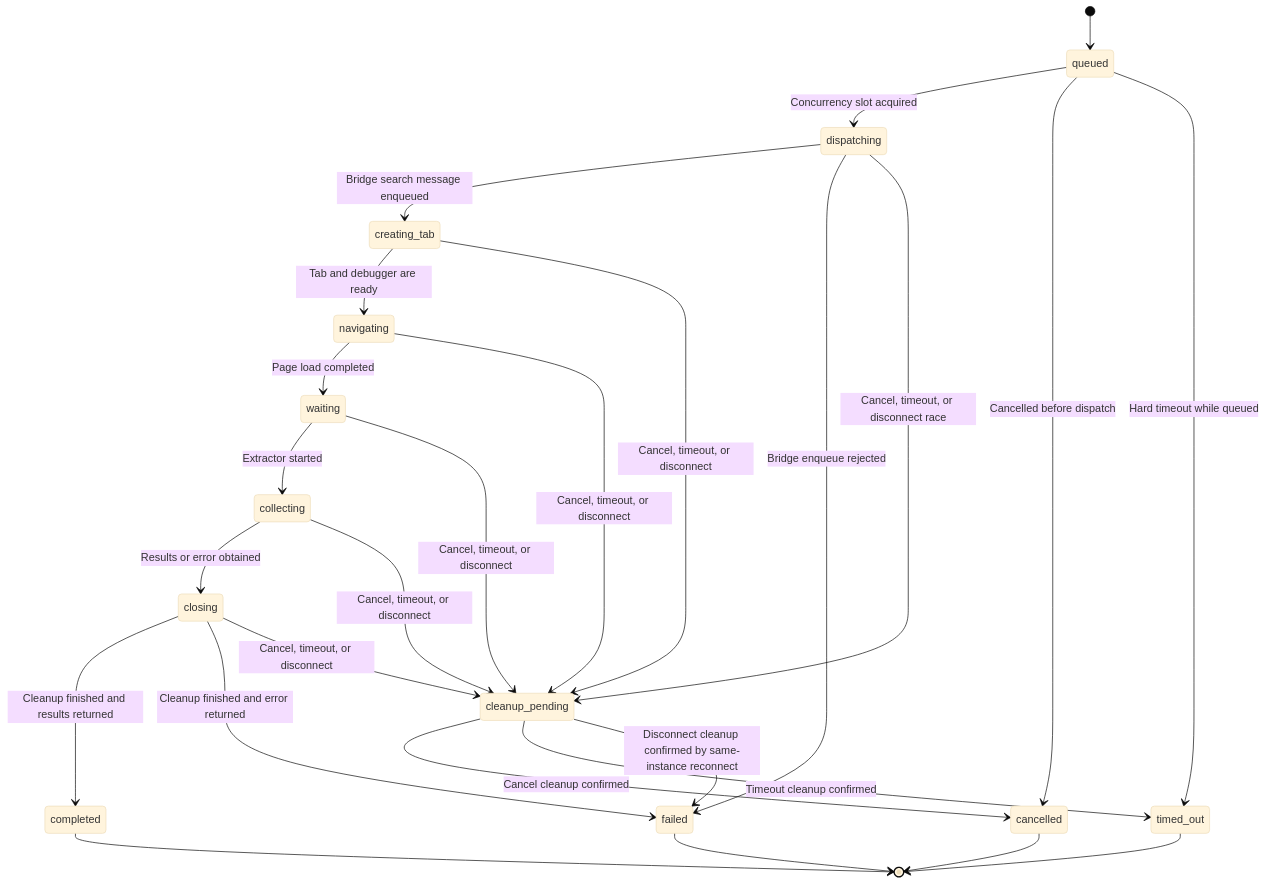
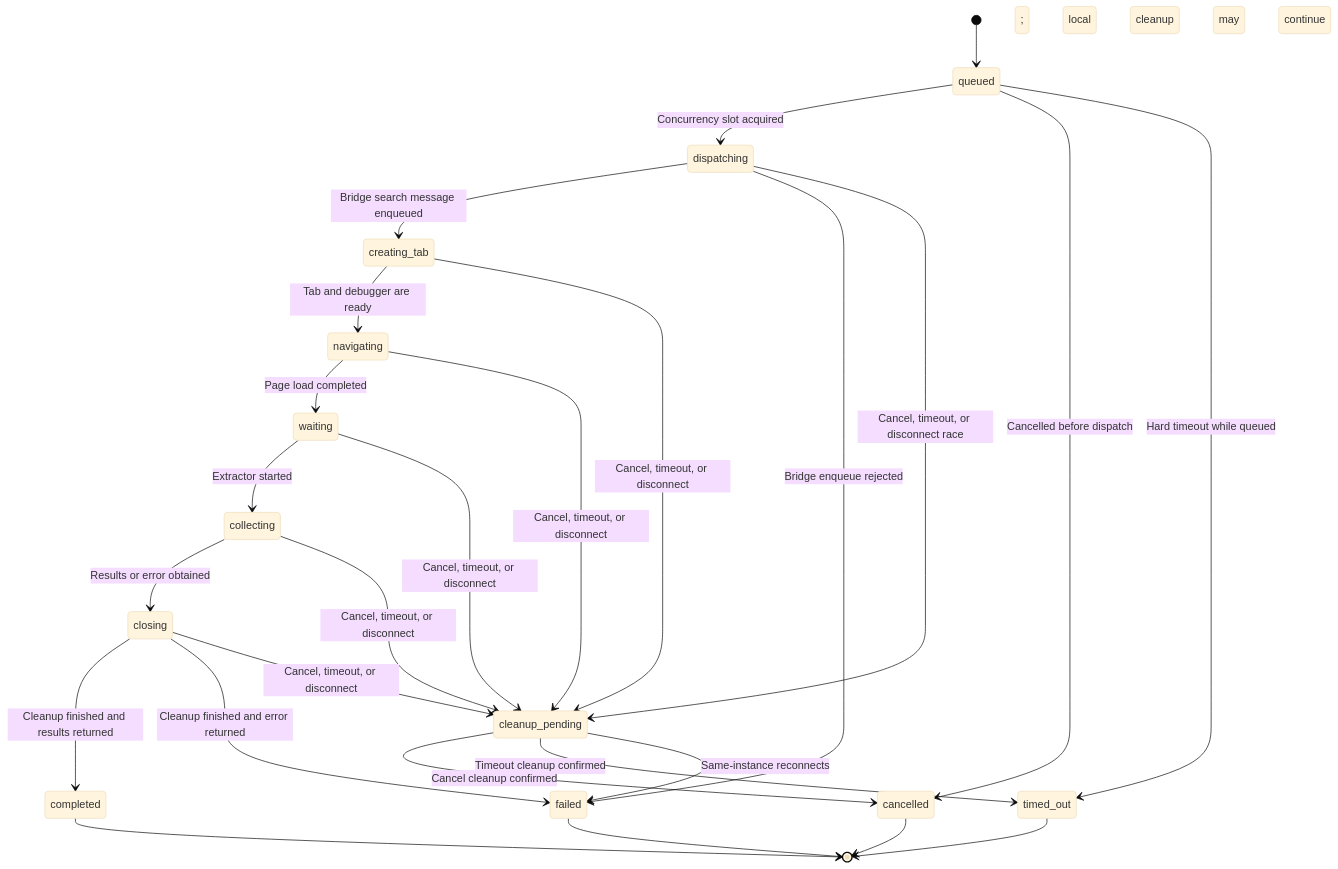
The third of 3 diagrams in README.md (Joey-Kot/Browser-Search), drawn with Mermaid (base theme) before and after one commit. The commit also changed other lines of this file and 6 other files, not shown here.

````diff
--- a/README.md
+++ b/README.md
@@ -147,28 +147,28 @@
 ```mermaid
 stateDiagram-v2
     [*] --> queued
     queued --> dispatching: Concurrency slot acquired
     dispatching --> creating_tab: Bridge search message enqueued
     dispatching --> failed: Bridge enqueue rejected
     creating_tab --> navigating: Tab and debugger are ready
     navigating --> waiting: Page load completed
     waiting --> collecting: Extractor started
     collecting --> closing: Results or error obtained
     closing --> completed: Cleanup finished and results returned
     closing --> failed: Cleanup finished and error returned
     queued --> cancelled: Cancelled before dispatch
     queued --> timed_out: Hard timeout while queued
     dispatching --> cleanup_pending: Cancel, timeout, or disconnect race
     creating_tab --> cleanup_pending: Cancel, timeout, or disconnect
     navigating --> cleanup_pending: Cancel, timeout, or disconnect
     waiting --> cleanup_pending: Cancel, timeout, or disconnect
     collecting --> cleanup_pending: Cancel, timeout, or disconnect
     closing --> cleanup_pending: Cancel, timeout, or disconnect
     cleanup_pending --> cancelled: Cancel cleanup confirmed
     cleanup_pending --> timed_out: Timeout cleanup confirmed
-    cleanup_pending --> failed: Disconnect cleanup confirmed by same-instance reconnect
+    cleanup_pending --> failed: Same-instance reconnects; local cleanup may continue
     completed --> [*]
     failed --> [*]
     cancelled --> [*]
     timed_out --> [*]
 ```
````
